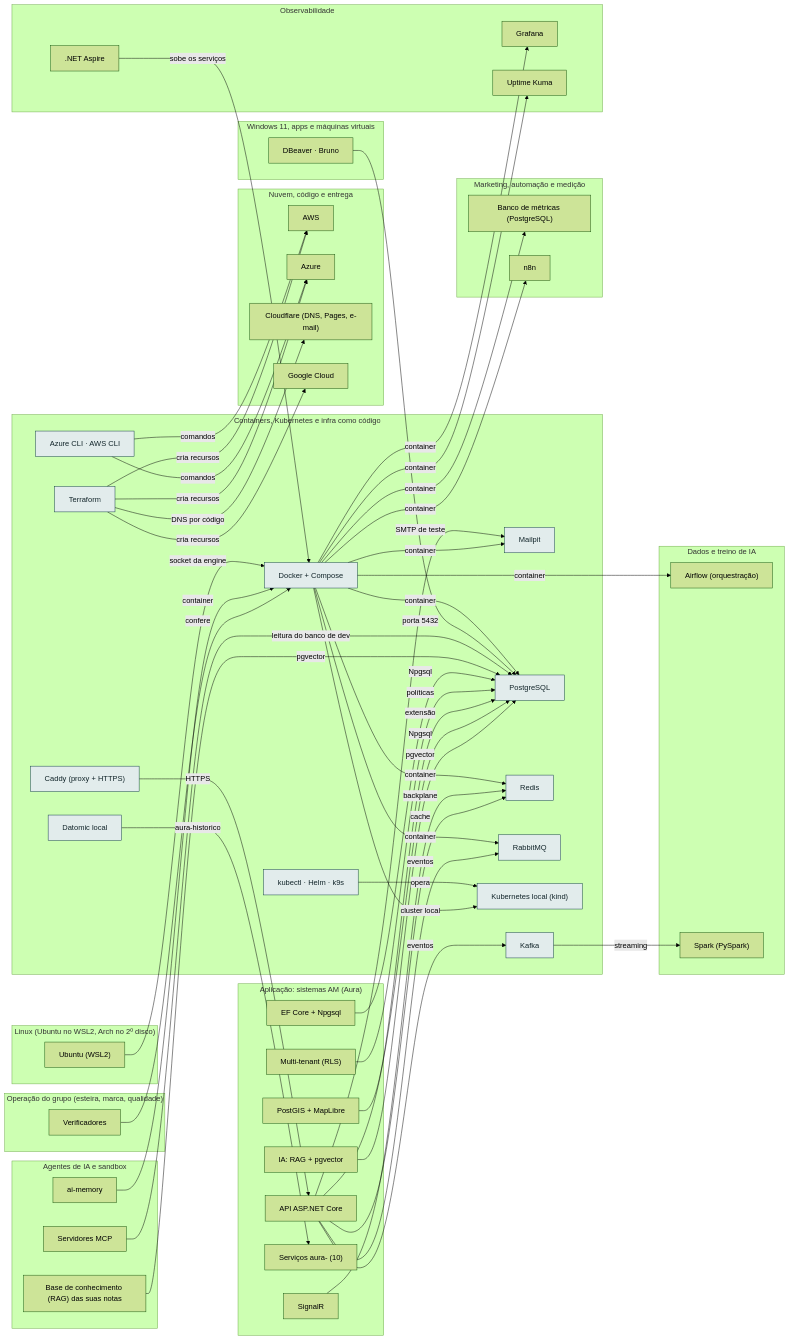
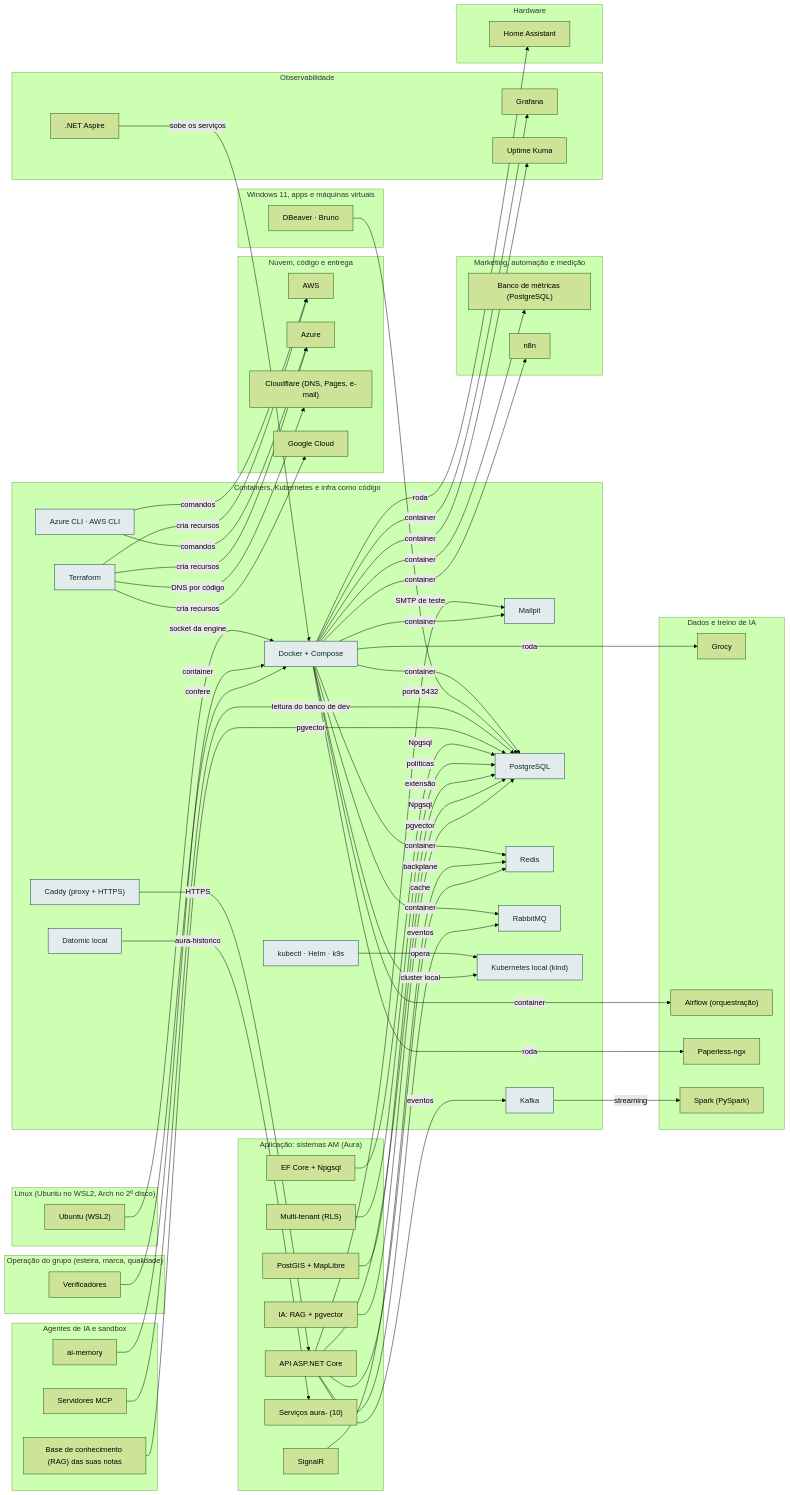
The diagram in docs/camadas/09-cnt.md (AlanMateus17/dev-setup), drawn with Mermaid (forest theme) before and after one commit. The commit also changed other lines of this file and 75 other files, not shown here.

```diff
--- a/docs/camadas/09-cnt.md
+++ b/docs/camadas/09-cnt.md
@@ -55,7 +55,9 @@
     n_kuma["Uptime Kuma"]
   end
   subgraph L_dados["Dados e treino de IA"]
+    n_grocy["Grocy"]
     n_orq["Airflow (orquestração)"]
+    n_paperless["Paperless-ngx"]
     n_spark["Spark (PySpark)"]
   end
   subgraph L_ia["Agentes de IA e sandbox"]
@@ -68,6 +70,9 @@
   end
   subgraph L_win["Windows 11, apps e máquinas virtuais"]
     n_dbv["DBeaver · Bruno"]
+  end
+  subgraph L_hw["Hardware"]
+    n_ha["Home Assistant"]
   end
   n_caddy -->|"HTTPS"| n_api
   n_api -->|"SMTP de teste"| n_mailp
@@ -87,6 +92,9 @@
   n_docker -->|"container"| n_graf
   n_docker -->|"container"| n_kuma
   n_docker -->|"container"| n_orq
+  n_docker -->|"roda"| n_ha
+  n_docker -->|"roda"| n_paperless
+  n_docker -->|"roda"| n_grocy
   n_wsl -->|"socket da engine"| n_docker
   n_mem -->|"container"| n_docker
   n_aspire -->|"sobe os serviços"| n_docker
```
